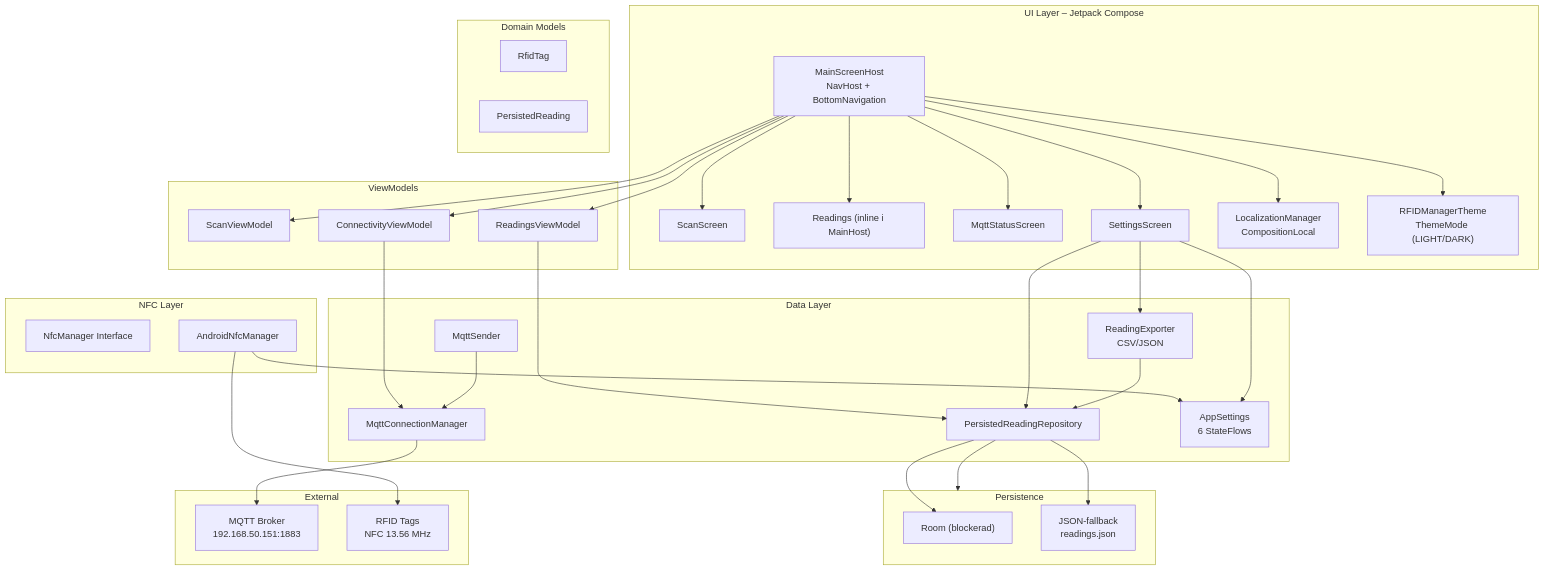
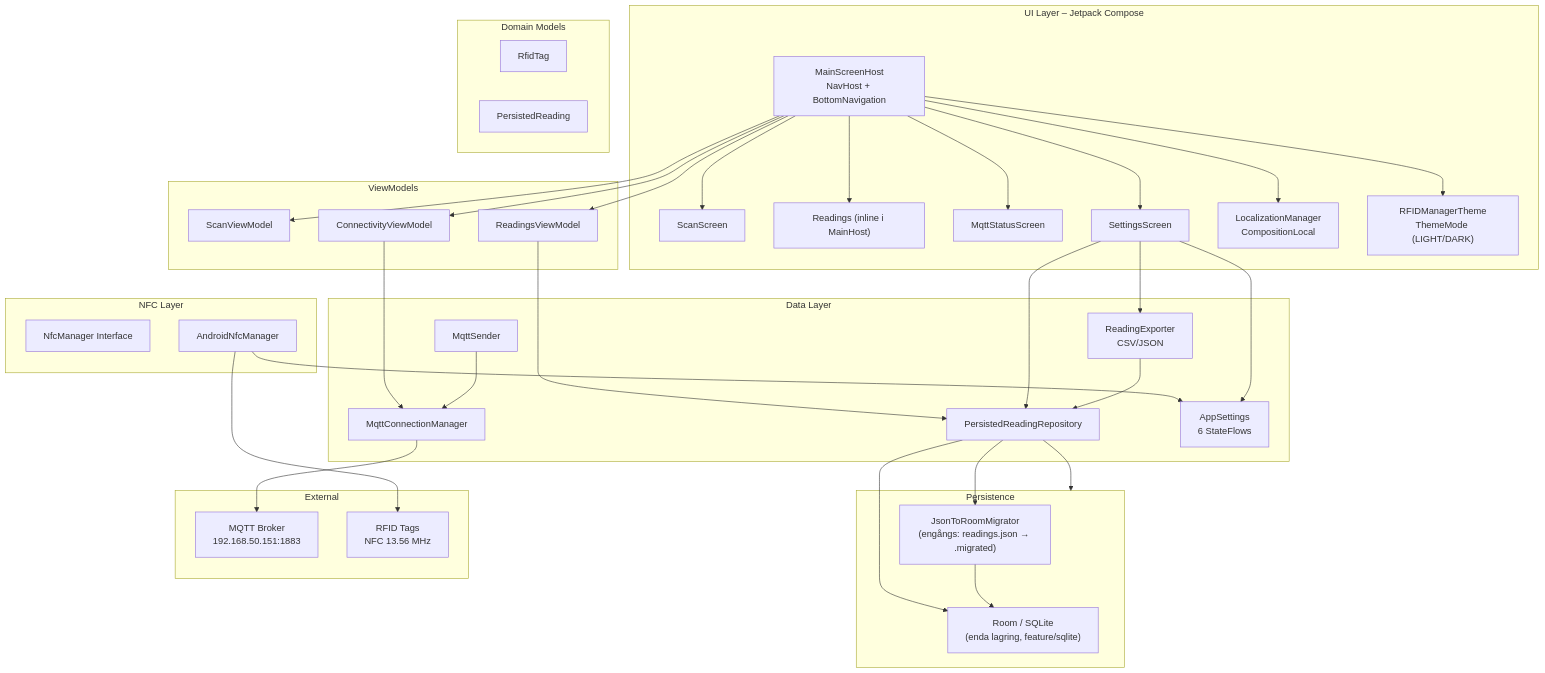
One commit to JoaBerra/rfid-manager changed the first of 2 diagrams in wiki/App-Architecture.md. Above: the diagram before and after it, drawn with Mermaid. The commit also changed other lines of this file and 25 other files, not shown here.

First line of the commit message:
Dokumentation: synka med nuläget (MQTT-inloggning, Room/SQLite, bygginfo), ny ordlista

````diff
--- a/wiki/App-Architecture.md
+++ b/wiki/App-Architecture.md
@@ -8,60 +8,61 @@
 ```mermaid
 graph TD
     subgraph UI["UI Layer – Jetpack Compose"]
         MainHost["MainScreenHost<br/>NavHost + BottomNavigation"]
         ScanScr["ScanScreen"]
         RdgScr["Readings (inline i MainHost)"]
         ConnScr["MqttStatusScreen"]
         SettScr["SettingsScreen"]
         Local["LocalizationManager<br/>CompositionLocal"]
         Theme["RFIDManagerTheme<br/>ThemeMode (LIGHT/DARK)"]
     end
 
     subgraph ViewModels["ViewModels"]
         ScanVM["ScanViewModel"]
         RdgVM["ReadingsViewModel"]
         ConnVM["ConnectivityViewModel"]
     end
 
     subgraph Data["Data Layer"]
         Repo["PersistedReadingRepository"]
         MqttMgr["MqttConnectionManager"]
         MqttSend["MqttSender"]
         Settings["AppSettings<br/>6 StateFlows"]
         Export["ReadingExporter<br/>CSV/JSON"]
     end
 
     subgraph Storage["Persistence"]
-        Room["Room (blockerad)"]
-        Json["JSON-fallback<br/>readings.json"]
+        Room["Room / SQLite<br/>(enda lagring, feature/sqlite)"]
+        Migr["JsonToRoomMigrator<br/>(engångs: readings.json → .migrated)"]
     end
 
     subgraph NFC["NFC Layer"]
         NfcMgr["NfcManager Interface"]
         AndroidNfc["AndroidNfcManager"]
     end
 
     subgraph Domain["Domain Models"]
         RfidTag["RfidTag"]
         Persisted["PersistedReading"]
     end
 
     subgraph External["External"]
         Mqtt["MQTT Broker<br/>192.168.50.151:1883"]
         Tag["RFID Tags<br/>NFC 13.56 MHz"]
     end
 
     MainHost --> ScanScr & RdgScr & ConnScr & SettScr
     MainHost --> ScanVM & RdgVM & ConnVM
     MainHost --> Local
     MainHost --> Theme
     RdgVM --> Repo --> Storage
     ConnVM --> MqttMgr
     MqttSend --> MqttMgr
     MqttMgr --> Mqtt
     AndroidNfc --> Tag
     AndroidNfc --> Settings
     SettScr --> Settings & Repo & Export
     Export --> Repo
-    Repo --> Room & Json
+    Repo --> Room
+    Repo --> Migr --> Room
 ```
````
